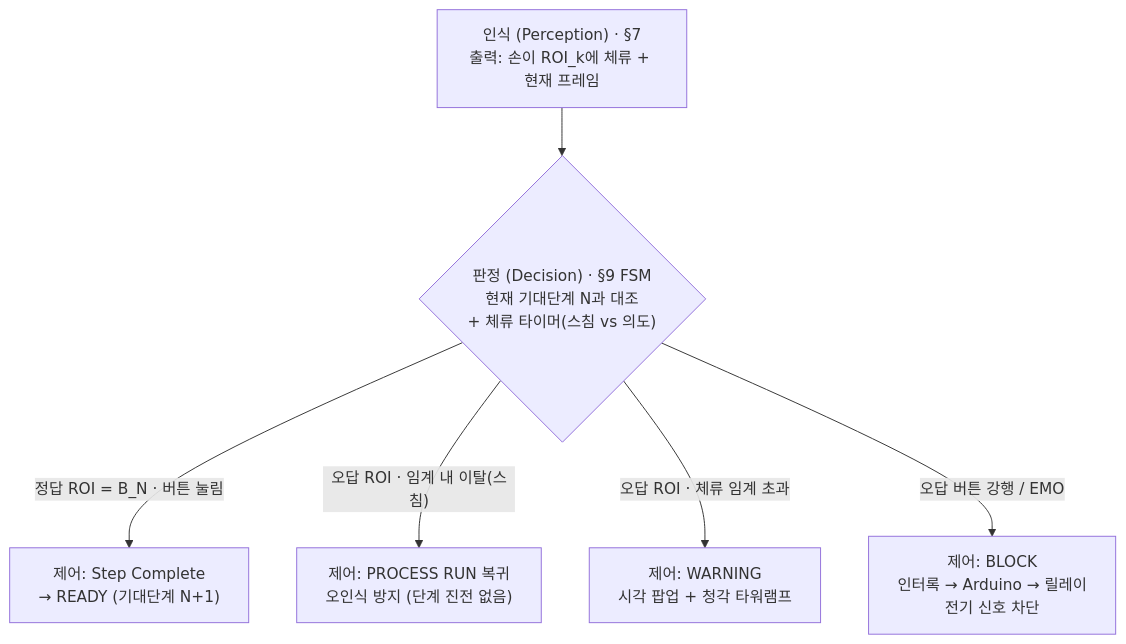
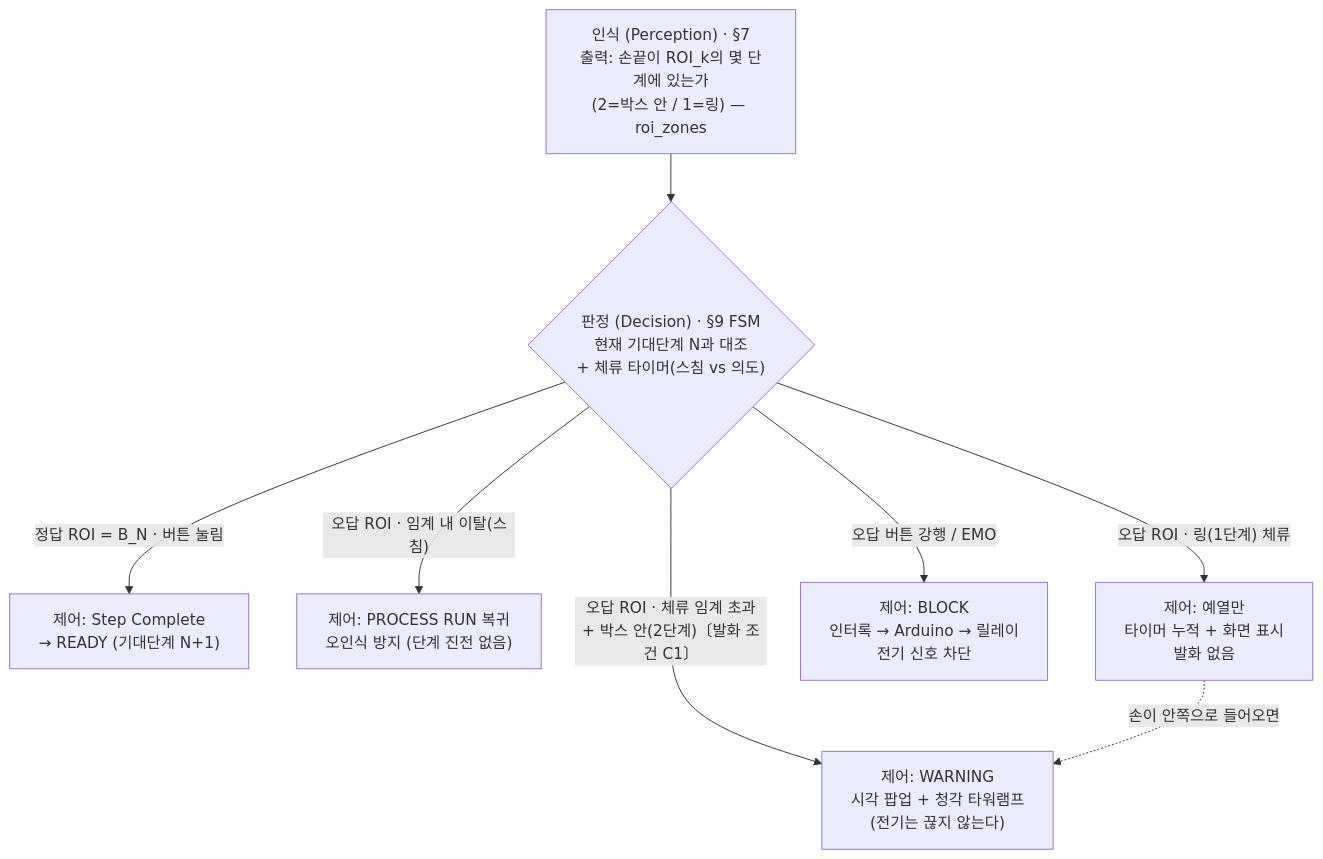
One commit to kimem9859-arch/sop-project changed the fourth of 6 diagrams in docs/통합문서.md. Above: the diagram before and after it, drawn with Mermaid. The commit also changed other lines of this file and 1 other file, not shown here.

First line of the commit message:
docs(정합성): E-1 도넛 ROI 설계 반영 + C-4·D-2·D-3·D-4 (2026-07-29)

````diff
--- a/docs/통합문서.md
+++ b/docs/통합문서.md
@@ -400,8 +419,10 @@
 ```mermaid
 flowchart TD
-    P["인식 (Perception) · §7<br/>출력: 손이 ROI_k에 체류 + 현재 프레임"] --> D{"판정 (Decision) · §9 FSM<br/>현재 기대단계 N과 대조<br/>+ 체류 타이머(스침 vs 의도)"}
-    D -->|"정답 ROI = B_N · 버튼 눌림"| C1["제어: Step Complete<br/>→ READY (기대단계 N+1)"]
-    D -->|"오답 ROI · 임계 내 이탈(스침)"| C2["제어: PROCESS RUN 복귀<br/>오인식 방지 (단계 진전 없음)"]
-    D -->|"오답 ROI · 체류 임계 초과"| C3["제어: WARNING<br/>시각 팝업 + 청각 타워램프"]
-    D -->|"오답 버튼 강행 / EMO"| C4["제어: BLOCK<br/>인터록 → Arduino → 릴레이<br/>전기 신호 차단"]
+    P["인식 (Perception) · §7<br/>출력: 손끝이 ROI_k의 몇 단계에 있는가<br/>(2=박스 안 / 1=링) — roi_zones"] --> D{"판정 (Decision) · §9 FSM<br/>현재 기대단계 N과 대조<br/>+ 체류 타이머(스침 vs 의도)"}
+    D -->|"정답 ROI = B_N · 버튼 눌림"| S1["제어: Step Complete<br/>→ READY (기대단계 N+1)"]
+    D -->|"오답 ROI · 임계 내 이탈(스침)"| S2["제어: PROCESS RUN 복귀<br/>오인식 방지 (단계 진전 없음)"]
+    D -->|"오답 ROI · 링(1단계) 체류"| S3a["제어: 예열만<br/>타이머 누적 + 화면 표시<br/>발화 없음"]
+    D -->|"오답 ROI · 체류 임계 초과<br/>+ 박스 안(2단계)〔발화 조건 C1〕"| S3["제어: WARNING<br/>시각 팝업 + 청각 타워램프<br/>(전기는 끊지 않는다)"]
+    D -->|"오답 버튼 강행 / EMO"| S4["제어: BLOCK<br/>인터록 → Arduino → 릴레이<br/>전기 신호 차단"]
+    S3a -.->|"손이 안쪽으로 들어오면"| S3
 ```
````
